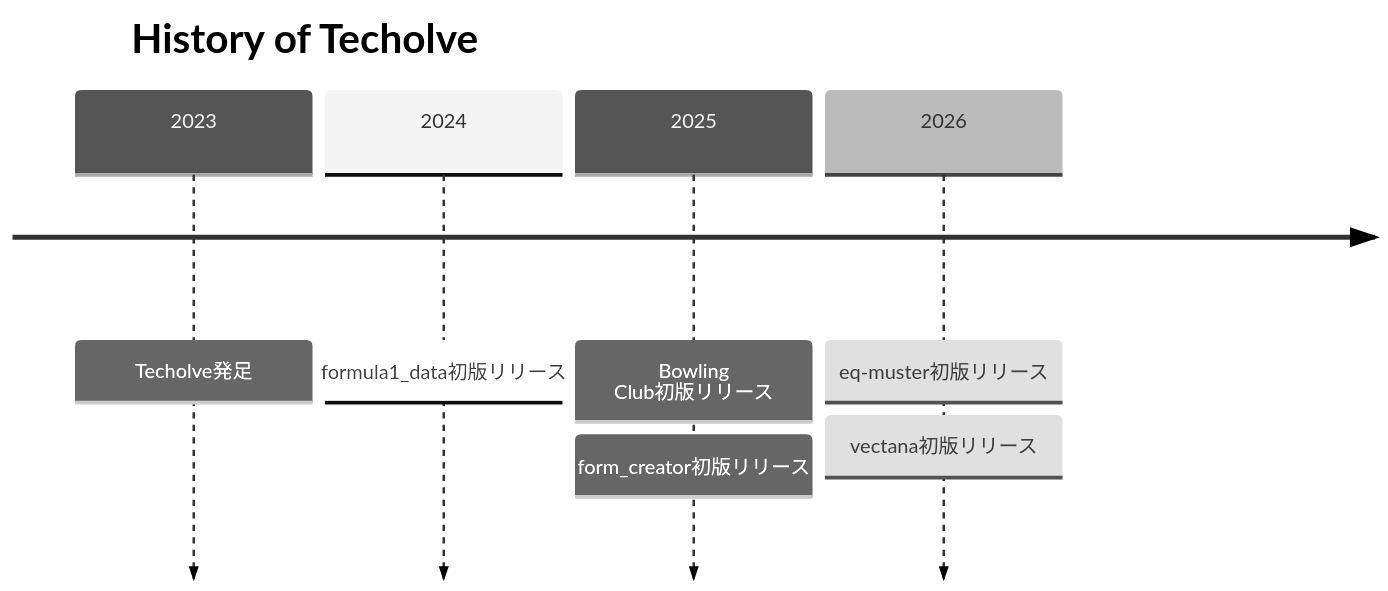
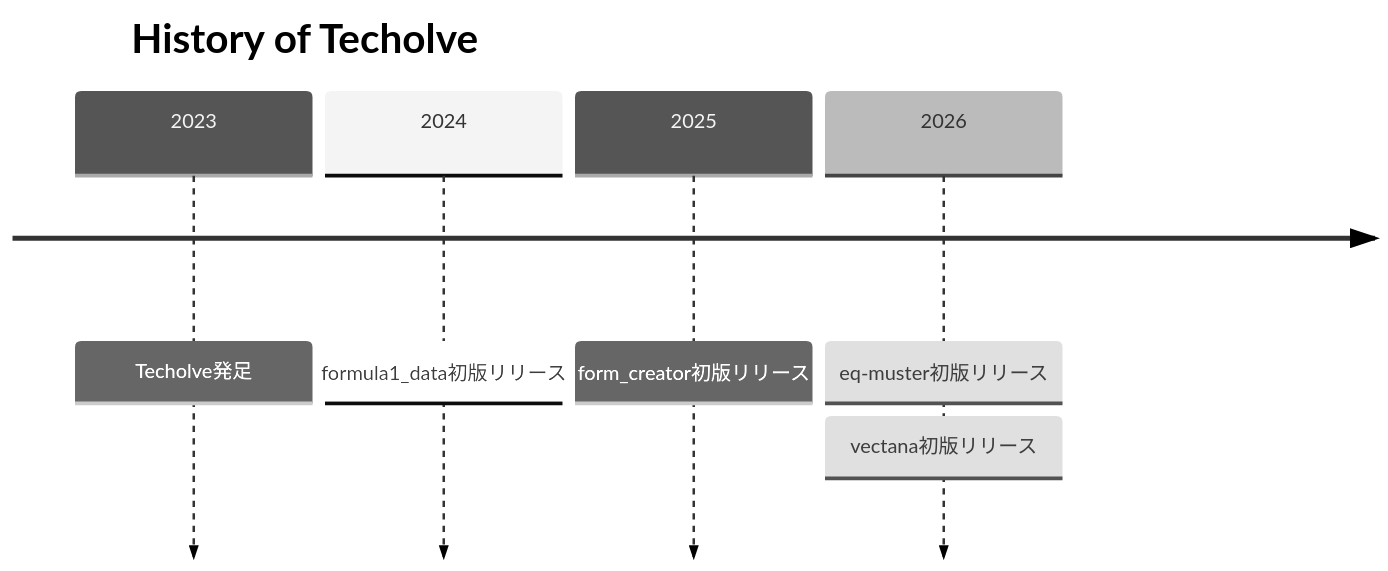
One commit to techolve/.github changed the diagram in profile/README.md. Above: the diagram before and after it, drawn with Mermaid (neutral theme). The commit also changed other lines of this file, not shown here.

````diff
--- a/profile/README.md
+++ b/profile/README.md
@@ -5,10 +31,9 @@
 ```mermaid
 timeline
     title History of Techolve
     2023 : Techolve発足
     2024 : formula1_data初版リリース
-    2025 : Bowling Club初版リリース
-         : form_creator初版リリース    
+    2025 : form_creator初版リリース
     2026 : eq-muster初版リリース
          : vectana初版リリース
 ```
````
